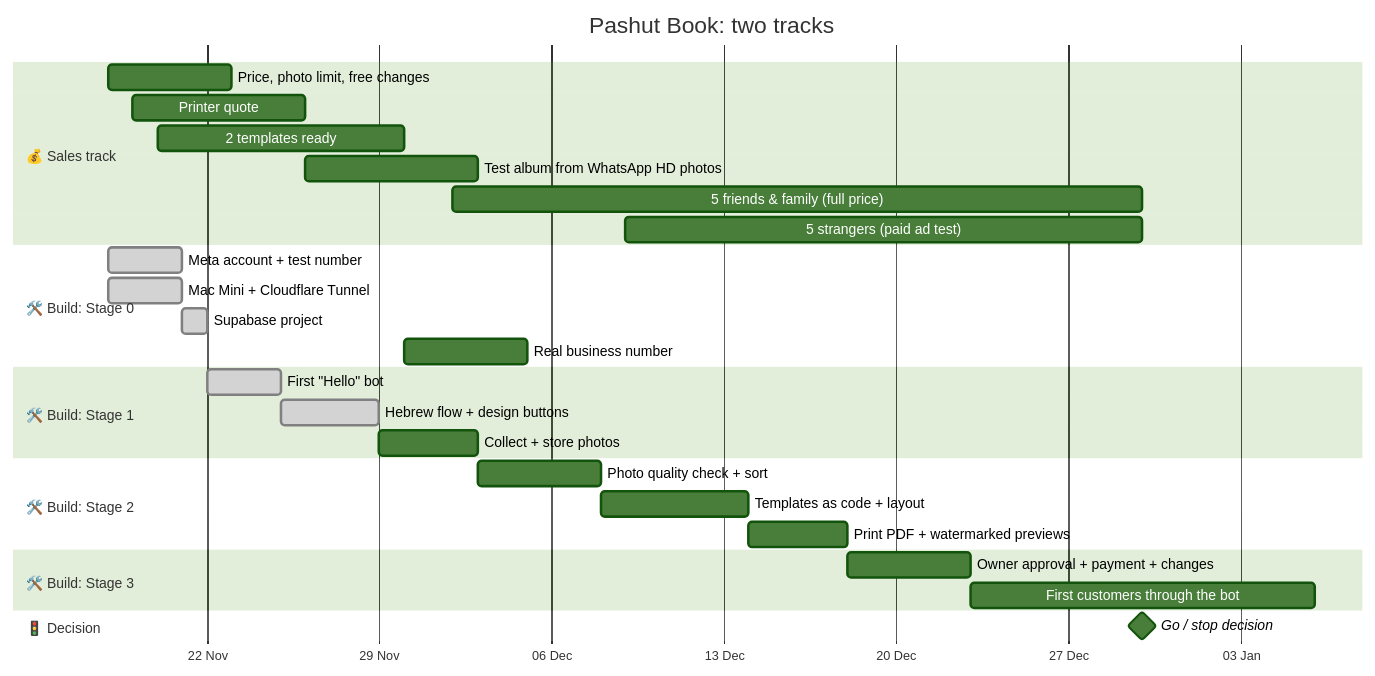
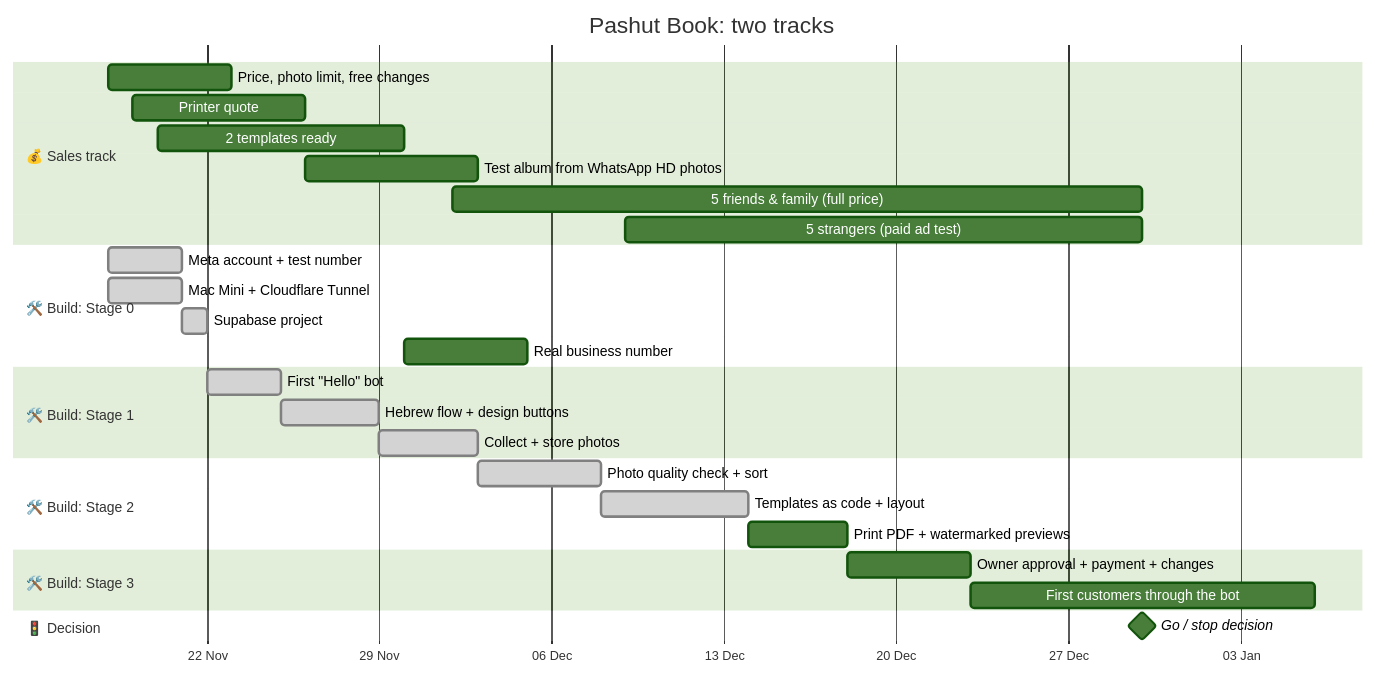
The diagram in ROADMAP.md (daaniel20/Pashut_Book), drawn with Mermaid (forest theme) before and after one commit. The commit also changed other lines of this file and 4 other files, not shown here.

First line of the commit message:
Task 2.2 done: edge-to-edge cover for wide photos too

````diff
--- a/ROADMAP.md
+++ b/ROADMAP.md
@@ -23,37 +23,37 @@
 ```mermaid
 gantt
     title Pashut Book: two tracks
     dateFormat YYYY-MM-DD
     axisFormat %d %b
 
     section 💰 Sales track
     Price, photo limit, free changes  :s1, 2026-11-18, 5d
     Printer quote                     :s2, 2026-11-19, 7d
     2 templates ready                 :s3, 2026-11-20, 10d
     Test album from WhatsApp HD photos :s4, after s2, 7d
     5 friends & family (full price)   :s5, 2026-12-02, 28d
     5 strangers (paid ad test)        :s6, 2026-12-09, 21d
 
     section 🛠️ Build: Stage 0
     Meta account + test number        :done, b0a, 2026-11-18, 3d
     Mac Mini + Cloudflare Tunnel      :done, b0b, 2026-11-18, 3d
     Supabase project                  :done, b0c, after b0b, 1d
     Real business number              :b0d, 2026-11-30, 5d
 
     section 🛠️ Build: Stage 1
     First "Hello" bot                 :done, b1a, after b0c, 3d
     Hebrew flow + design buttons      :done, b1b, after b1a, 4d
-    Collect + store photos            :b1c, after b1b, 4d
+    Collect + store photos            :done, b1c, after b1b, 4d
 
     section 🛠️ Build: Stage 2
-    Photo quality check + sort        :b2a, after b1c, 5d
-    Templates as code + layout        :b2b, after b2a, 6d
+    Photo quality check + sort        :done, b2a, after b1c, 5d
+    Templates as code + layout        :done, b2b, after b2a, 6d
     Print PDF + watermarked previews  :b2c, after b2b, 4d
 
     section 🛠️ Build: Stage 3
     Owner approval + payment + changes :b3a, after b2c, 5d
     First customers through the bot   :b3b, after b3a, 14d
 
     section 🚦 Decision
     Go / stop decision                :milestone, g1, 2026-12-30, 0d
 ```
````
